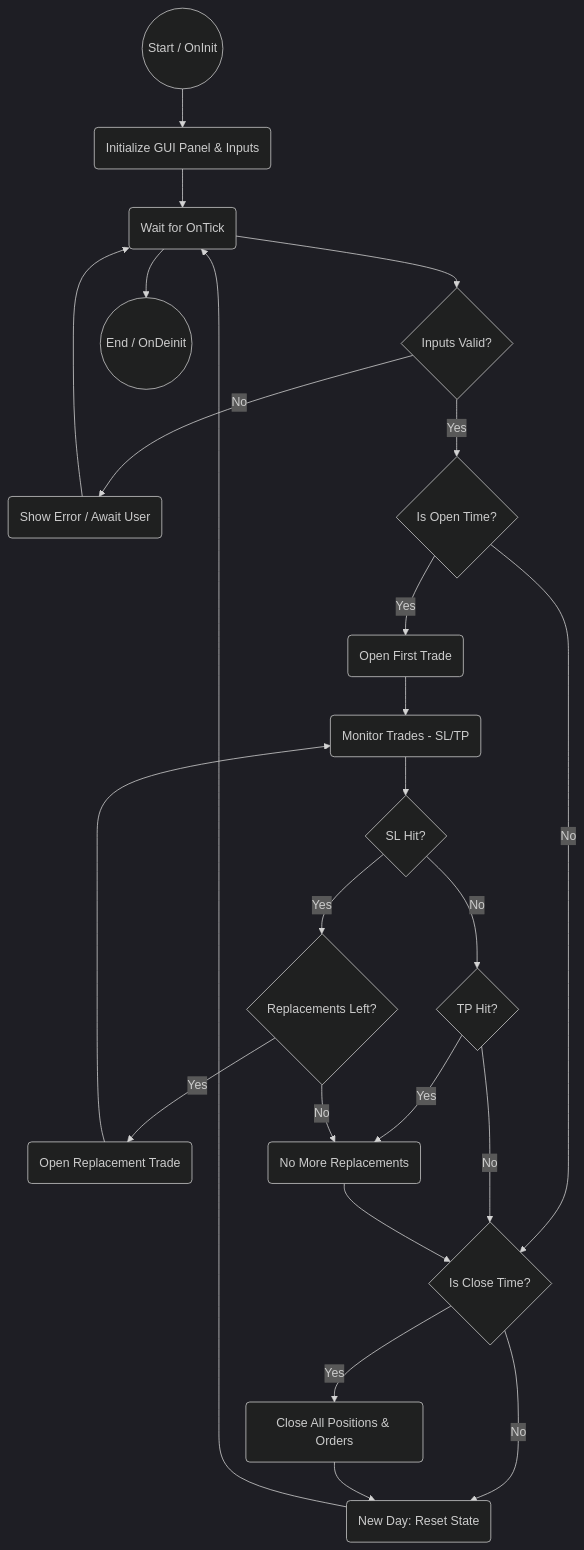
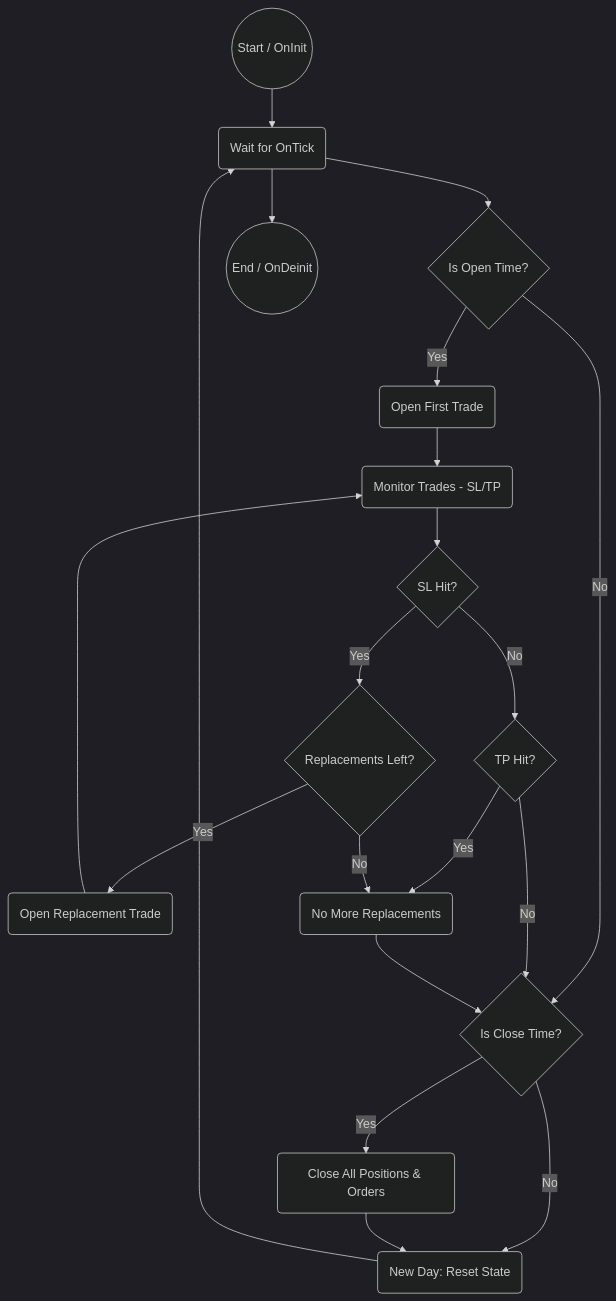
The diagram in README.md (MHKAANICHE/Lu_Yiji_Project), drawn with Mermaid (dark theme) before and after one commit. The commit also changed other lines of this file and 22 other files, not shown here.

````diff
--- a/README.md
+++ b/README.md
@@ -62,44 +72,37 @@
 ```mermaid
 flowchart TD
     Start((Start / OnInit))
-    InitPanel(Initialize GUI Panel & Inputs)
     WaitTick(Wait for OnTick)
-    ValidateInputs{Inputs Valid?}
-    ShowError(Show Error / Await User)
     AtOpenTime{Is Open Time?}
     OpenTrade(Open First Trade)
     MonitorTrades(Monitor Trades - SL/TP)
     SLHit{SL Hit?}
     TPHit{TP Hit?}
     ReplaceAllowed{Replacements Left?}
     ReplaceTrade(Open Replacement Trade)
     NoReplace(No More Replacements)
     AtCloseTime{Is Close Time?}
     CloseAll(Close All Positions & Orders)
     ResetDay(New Day: Reset State)
     End((End / OnDeinit))
 
-    Start --> InitPanel
-    InitPanel --> WaitTick
-    WaitTick --> ValidateInputs
-    ValidateInputs -- No --> ShowError
-    ValidateInputs -- Yes --> AtOpenTime
-    ShowError --> WaitTick
+    Start --> WaitTick
+    WaitTick --> AtOpenTime
     AtOpenTime -- No --> AtCloseTime
     AtOpenTime -- Yes --> OpenTrade
     OpenTrade --> MonitorTrades
     MonitorTrades --> SLHit
     SLHit -- Yes --> ReplaceAllowed
     SLHit -- No --> TPHit
     TPHit -- Yes --> NoReplace
     TPHit -- No --> AtCloseTime
     ReplaceAllowed -- Yes --> ReplaceTrade
     ReplaceAllowed -- No --> NoReplace
     ReplaceTrade --> MonitorTrades
     NoReplace --> AtCloseTime
     AtCloseTime -- Yes --> CloseAll
     AtCloseTime -- No --> ResetDay
     CloseAll --> ResetDay
     ResetDay --> WaitTick
     WaitTick --> End
 ```
````
